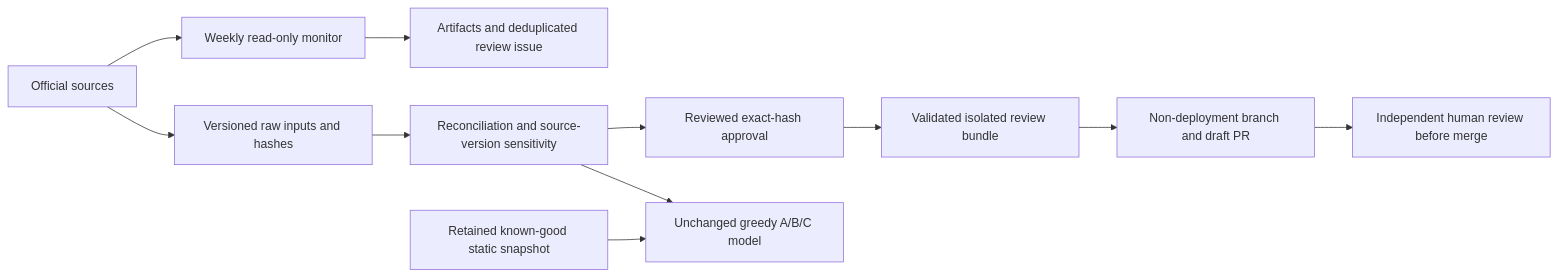
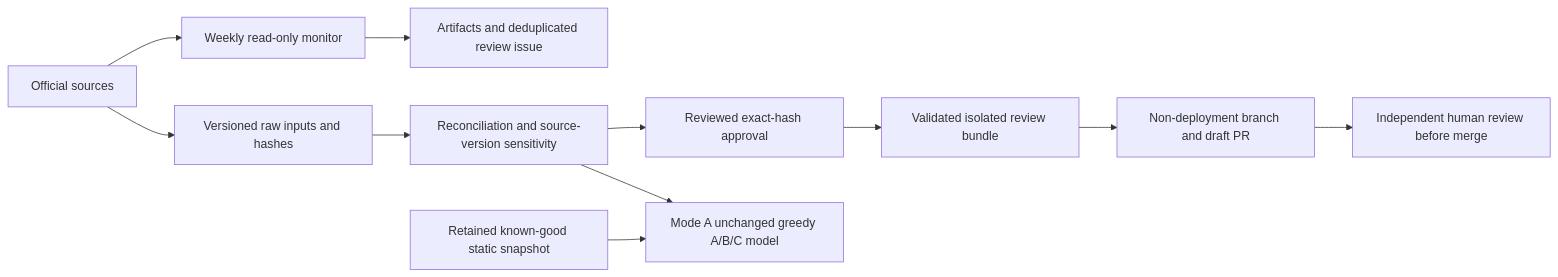
One commit to LEO0331/taipei-bin-map changed the second of 2 diagrams in README.md. Above: the diagram before and after it, drawn with Mermaid. The commit also changed other lines of this file and 15 other files, not shown here.

````diff
--- a/README.md
+++ b/README.md
@@ -71,13 +73,13 @@
 ```mermaid
 flowchart LR
   Sources[Official sources] --> Monitor[Weekly read-only monitor]
   Monitor --> Evidence[Artifacts and deduplicated review issue]
   Sources --> Raw[Versioned raw inputs and hashes]
   Raw --> Reconcile[Reconciliation and source-version sensitivity]
   Reconcile --> Review[Reviewed exact-hash approval]
   Review --> Bundle[Validated isolated review bundle]
   Bundle --> PR[Non-deployment branch and draft PR]
   PR --> Human[Independent human review before merge]
-  Published[Retained known-good static snapshot] --> UI[Unchanged greedy A/B/C model]
+  Published[Retained known-good static snapshot] --> UI[Mode A unchanged greedy A/B/C model]
   Reconcile --> UI
 ```
````
